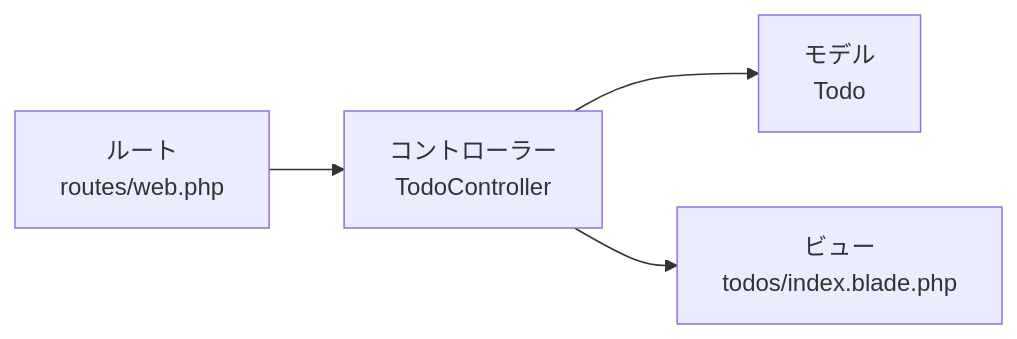
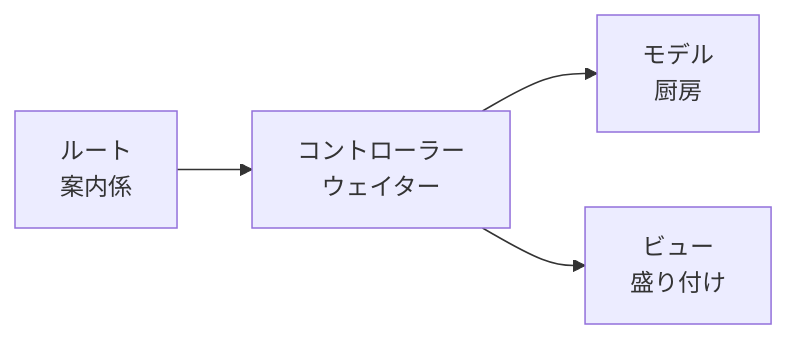
Before and after one commit to hakobunet/iica-koyama: the sixth of 6 diagrams in docs/1年生_データ設計とアプリ開発/後期/20261015/20261015_資料_1.md, drawn with Mermaid. The commit also changed other lines of this file and 1 other file, not shown here.

Commit message:
docs: 10/15のLaravel入門資料をMVCのしくみとTodo一覧の作成に分け、図解を追加

````diff
--- a/docs/1年生_データ設計とアプリ開発/後期/20261015/20261015_資料_1.md
+++ b/docs/1年生_データ設計とアプリ開発/後期/20261015/20261015_資料_1.md
@@ -307,6 +187,6 @@
 ```mermaid
 graph LR
-    R[ルート<br>routes/web.php] --> C[コントローラー<br>TodoController]
-    C --> M[モデル<br>Todo]
-    C --> V[ビュー<br>todos/index.blade.php]
+    R[ルート<br>案内係] --> C[コントローラー<br>ウェイター]
+    C --> M[モデル<br>厨房]
+    C --> V[ビュー<br>盛り付け]
 ```
````
